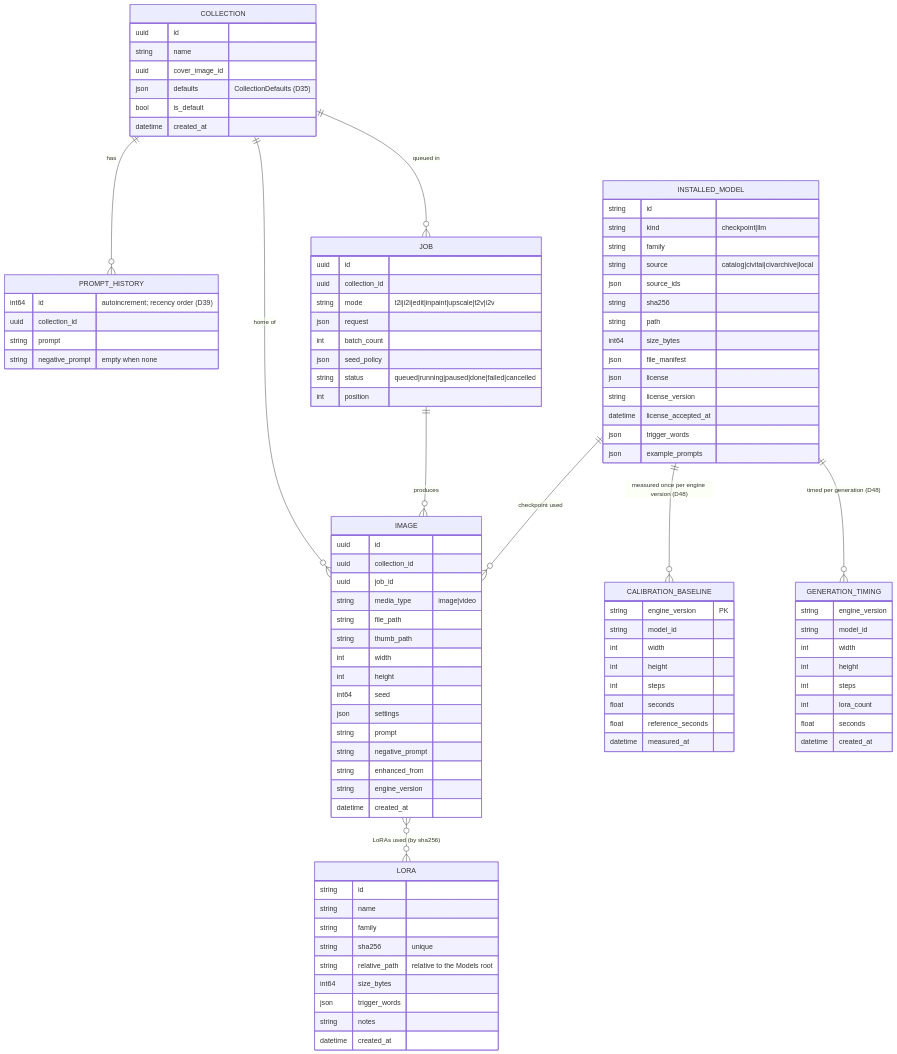
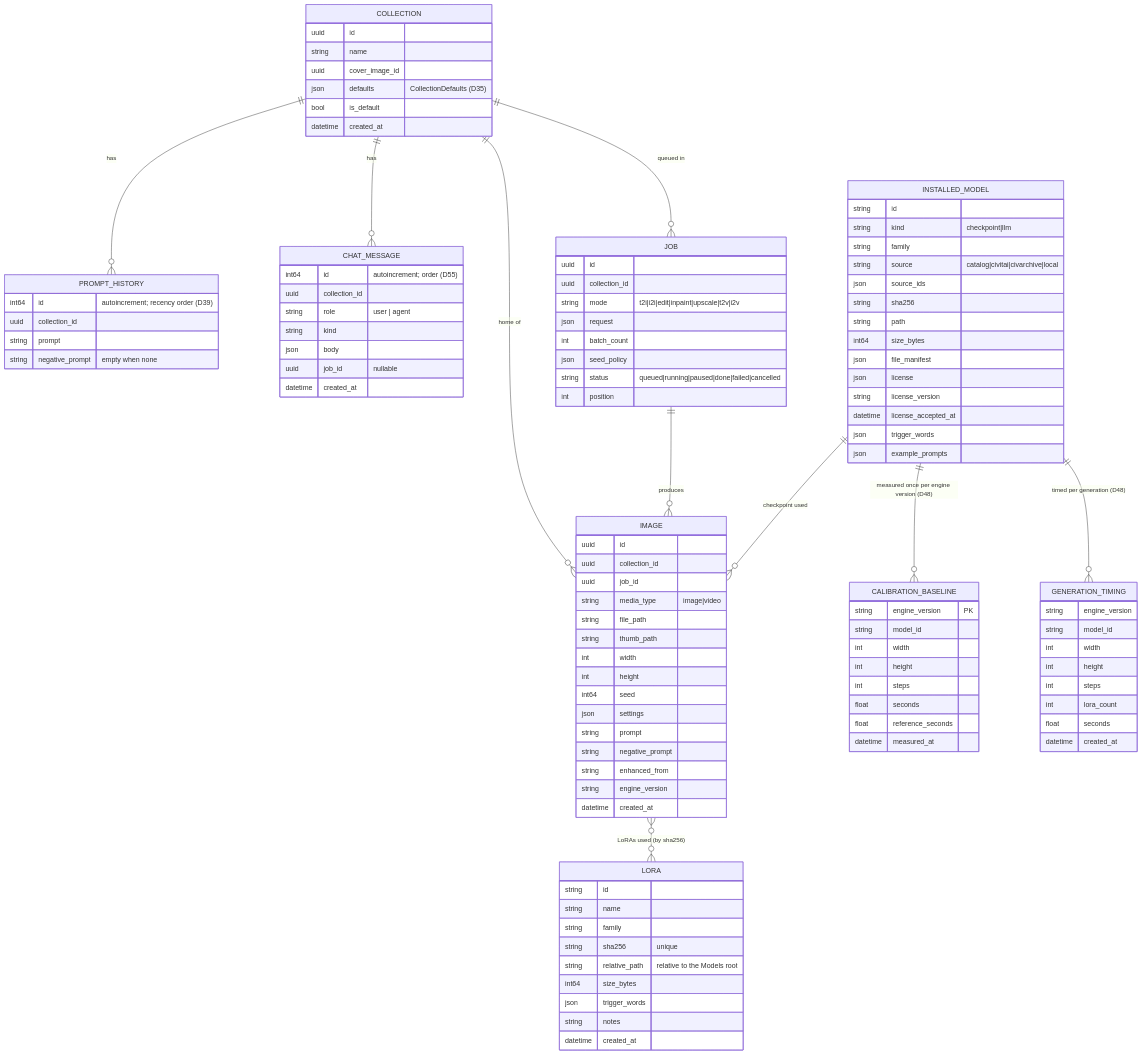
Before and after one commit to fearless-holdings/mlx-create: the fifth of 5 diagrams in docs/HLD.md, drawn with Mermaid. The commit also changed other lines of this file and 13 other files, not shown here.

First line of the commit message:
docs(agent): Chat mode decisions, plan, LLD and the provisional model check (D54-D61)

```diff
--- a/docs/HLD.md
+++ b/docs/HLD.md
@@ -502,6 +529,7 @@
 erDiagram
   COLLECTION ||--o{ IMAGE : "home of"
   COLLECTION ||--o{ PROMPT_HISTORY : has
+  COLLECTION ||--o{ CHAT_MESSAGE : has
   COLLECTION ||--o{ JOB : "queued in"
   JOB ||--o{ IMAGE : produces
   INSTALLED_MODEL ||--o{ IMAGE : "checkpoint used"
@@ -522,6 +550,15 @@
     uuid collection_id
     string prompt
     string negative_prompt "empty when none"
+  }
+  CHAT_MESSAGE {
+    int64 id "autoincrement; order (D55)"
+    uuid collection_id
+    string role "user | agent"
+    string kind
+    json body
+    uuid job_id "nullable"
+    datetime created_at
   }
   JOB {
     uuid id
```
